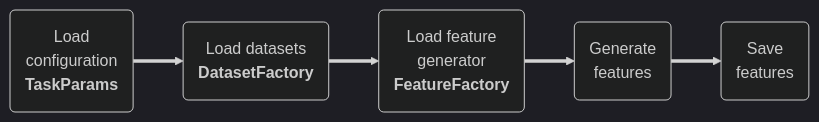
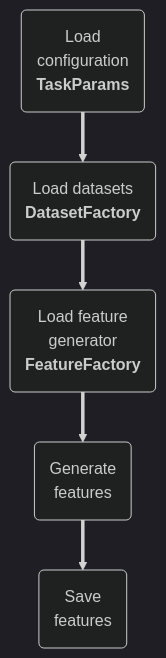
The diagram in docs/features/index.md (AmbiqAI/sleepkit), drawn with Mermaid (dark theme) before and after one commit. The commit also changed other lines of this file and 70 other files, not shown here.

````diff
--- a/docs/features/index.md
+++ b/docs/features/index.md
@@ -22,26 +22,26 @@
 ```mermaid
-graph LR
+graph TD
 A("`Load
 configuration
 __TaskParams__
 `")
 B("`Load datasets
 __DatasetFactory__
 `")
 C("`Load feature
 generator
 __FeatureFactory__
 `")
 D("`Generate
 features
 `")
 E("`Save
 features
 `")
 
 A ==> B
 B ==> C
 C ==> D
 D ==> E
 
 ```
````
